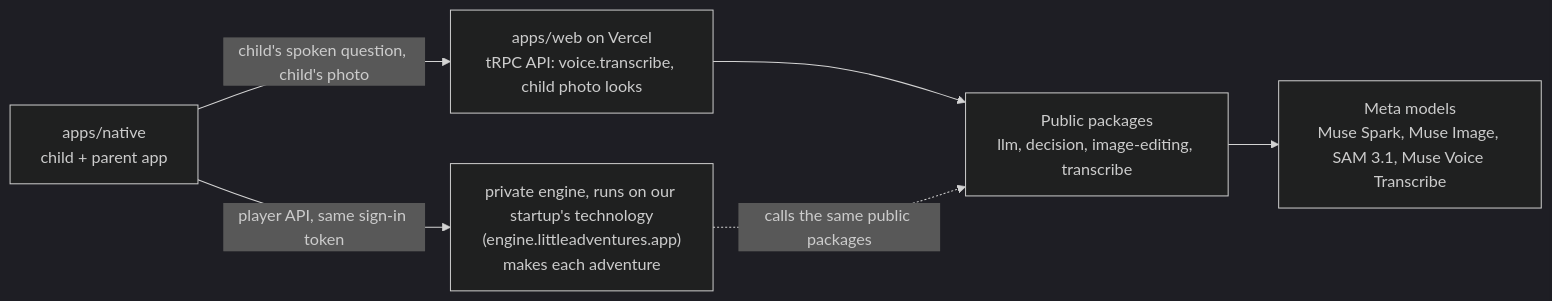
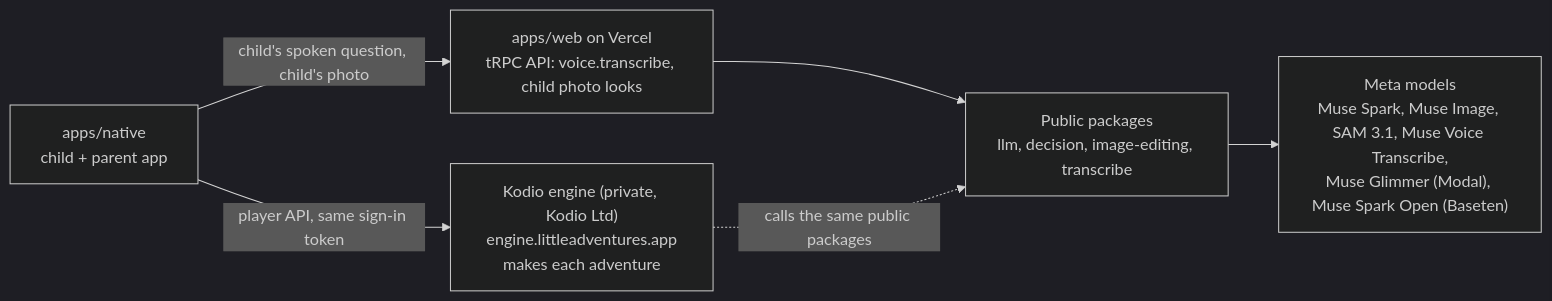
The first of 3 diagrams in ARCHITECTURE.md (kaminskypavel/little-adventures), drawn with Mermaid (dark theme) before and after one commit. The commit also changed other lines of this file, not shown here.

Commit message:
ARCHITECTURE: the Kodio engine, the approved diagram and where each Meta model runs

````diff
--- a/ARCHITECTURE.md
+++ b/ARCHITECTURE.md
@@ -9,14 +25,14 @@
 ```mermaid
 flowchart LR
   App["apps/native<br/>child + parent app"]
   Server["apps/web on Vercel<br/>tRPC API: voice.transcribe, child photo looks"]
   Pkgs["Public packages<br/>llm, decision, image-editing, transcribe"]
-  Meta["Meta models<br/>Muse Spark, Muse Image, SAM 3.1, Muse Voice Transcribe"]
-  Engine["private engine, runs on our startup's technology<br/>(engine.littleadventures.app)<br/>makes each adventure"]
+  Meta["Meta models<br/>Muse Spark, Muse Image, SAM 3.1, Muse Voice Transcribe,<br/>Muse Glimmer (Modal), Muse Spark Open (Baseten)"]
+  Engine["Kodio engine (private, Kodio Ltd)<br/>engine.littleadventures.app<br/>makes each adventure"]
 
   App -->|"child's spoken question, child's photo"| Server
   Server --> Pkgs
   Pkgs --> Meta
   App -->|"player API, same sign-in token"| Engine
   Engine -.->|"calls the same public packages"| Pkgs
 ```
````
